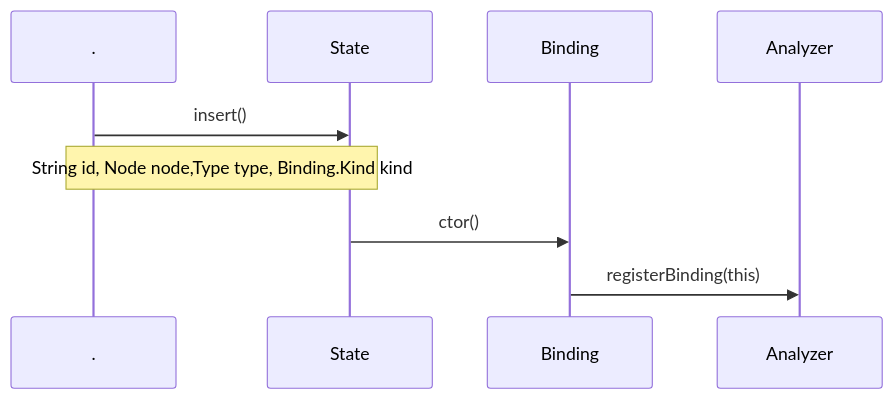
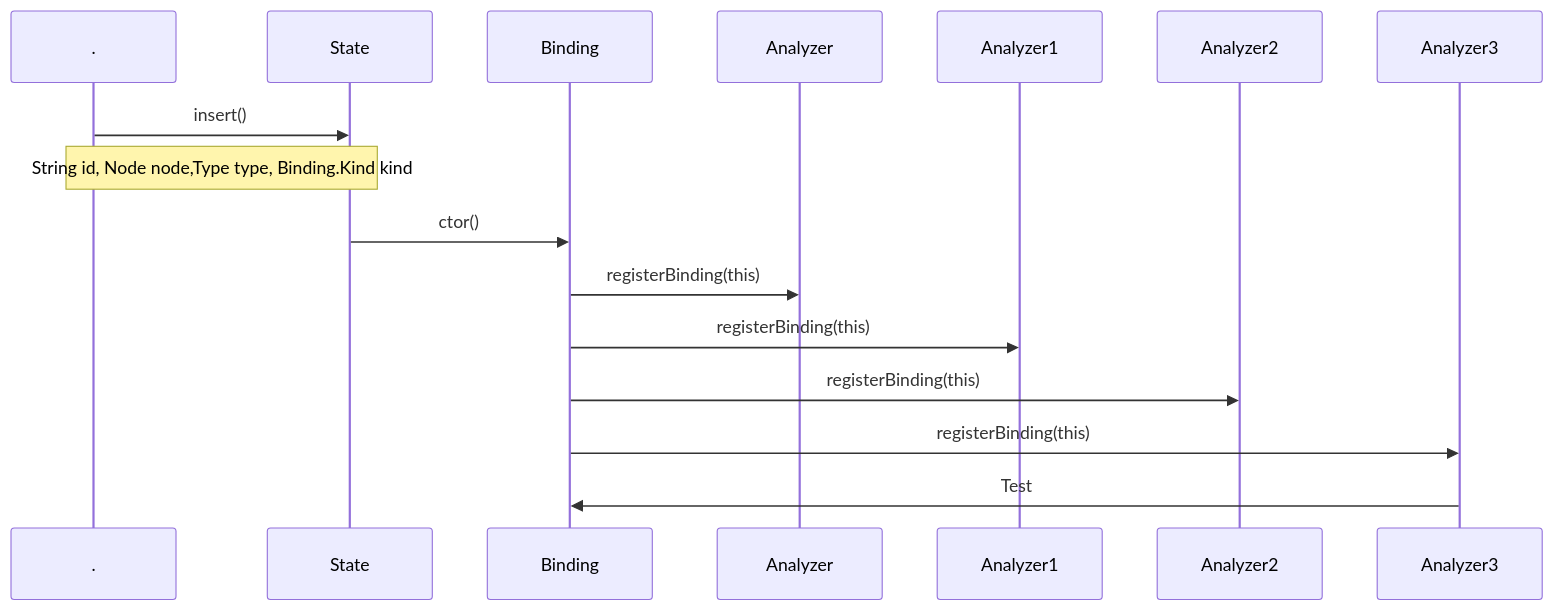
Before and after one commit to zhuyadong/pomelo: the second of 6 diagrams in Design.md, drawn with Mermaid. The commit also changed other lines of this file and 5 other files, not shown here.

````diff
--- a/Design.md
+++ b/Design.md
@@ -13,7 +13,11 @@
 ```mermaid
 sequenceDiagram
     .->>State: insert()
     Note over .,State: String id, Node node,Type type, Binding.Kind kind
     State->>Binding: ctor()
     Binding->>Analyzer: registerBinding(this)
+    Binding->>Analyzer1: registerBinding(this)
+    Binding->>Analyzer2: registerBinding(this)
+    Binding->>Analyzer3: registerBinding(this)
+    Analyzer3->>Binding: Test
 ```
````
